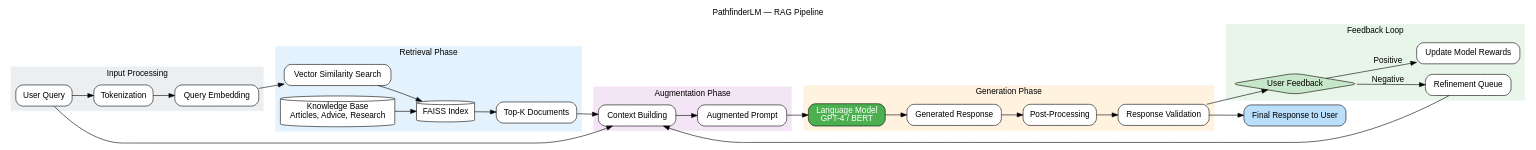
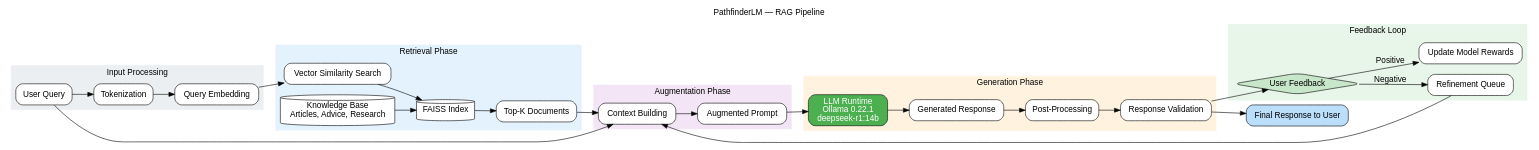
Before and after one commit to danindiana/PathfinderLM: the diagram in diagrams/rag_pipeline.dot, drawn with Graphviz. The commit also changed 21 other files, not shown here.

```diff
--- a/diagrams/rag_pipeline.dot
+++ b/diagrams/rag_pipeline.dot
@@ -1,64 +1,64 @@
 // PathfinderLM — RAG Pipeline
 // Render: dot -Tpng rag_pipeline.dot -o rag_pipeline.png
 //         dot -Tsvg rag_pipeline.dot -o rag_pipeline.svg
 digraph RAGPipeline {
     rankdir=LR;
     fontname="Helvetica";
     labelloc="t";
     label="PathfinderLM — RAG Pipeline";
     node [shape=box, style="rounded,filled", fontname="Helvetica", fillcolor="#FFFFFF"];
     edge [fontname="Helvetica"];
 
     subgraph cluster_input {
         label="Input Processing"; style="filled"; color="#ECEFF1";
         UserQuery[label="User Query"];
         Tokenize [label="Tokenization"];
         Embed    [label="Query Embedding"];
         UserQuery -> Tokenize -> Embed;
     }
 
     subgraph cluster_retrieval {
         label="Retrieval Phase"; style="filled"; color="#E3F2FD";
         VectorSearch [label="Vector Similarity Search"];
         FAISS        [label="FAISS Index", shape=cylinder];
         TopK         [label="Top-K Documents"];
         KnowledgeBase[label="Knowledge Base\nArticles, Advice, Research", shape=cylinder];
         VectorSearch -> FAISS -> TopK;
         KnowledgeBase -> FAISS;
     }
 
     subgraph cluster_aug {
         label="Augmentation Phase"; style="filled"; color="#F3E5F5";
         ContextBuild[label="Context Building"];
         AugPrompt   [label="Augmented Prompt"];
         ContextBuild -> AugPrompt;
     }
 
     subgraph cluster_gen {
         label="Generation Phase"; style="filled"; color="#FFF3E0";
-        LM         [label="Language Model\nGPT-4 / BERT", fillcolor="#4CAF50", fontcolor="white"];
+        LM         [label="LLM Runtime\nOllama 0.22.1\ndeepseek-r1:14b", fillcolor="#4CAF50", fontcolor="white"];
         Response   [label="Generated Response"];
         PostProcess[label="Post-Processing"];
         Validation [label="Response Validation"];
         LM -> Response -> PostProcess -> Validation;
     }
 
     subgraph cluster_feedback {
         label="Feedback Loop"; style="filled"; color="#E8F5E9";
         UserFeedback  [label="User Feedback", shape=diamond, fillcolor="#C8E6C9"];
         UpdateRewards [label="Update Model Rewards"];
         RefinementQueue[label="Refinement Queue"];
     }
 
     FinalResponse[label="Final Response to User", fillcolor="#BBDEFB"];
 
     Embed -> VectorSearch;
     TopK -> ContextBuild;
     UserQuery -> ContextBuild;
     AugPrompt -> LM;
     Validation -> UserFeedback;
     UserFeedback -> UpdateRewards [label="Positive"];
     UserFeedback -> RefinementQueue [label="Negative"];
     RefinementQueue -> ContextBuild;
     Validation -> FinalResponse;
 }
```
